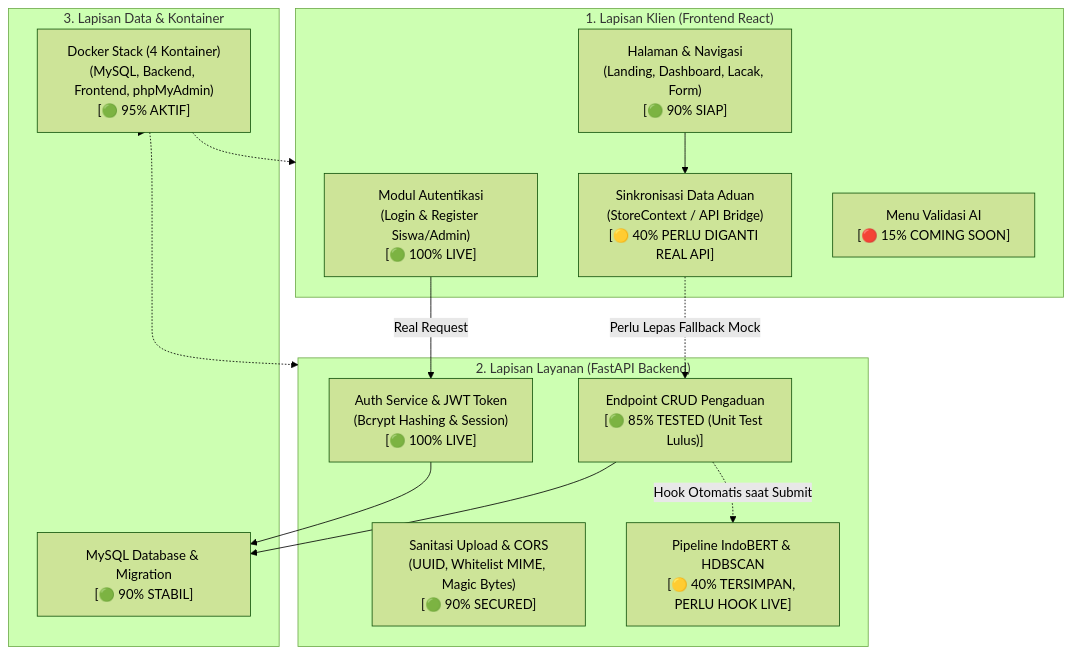
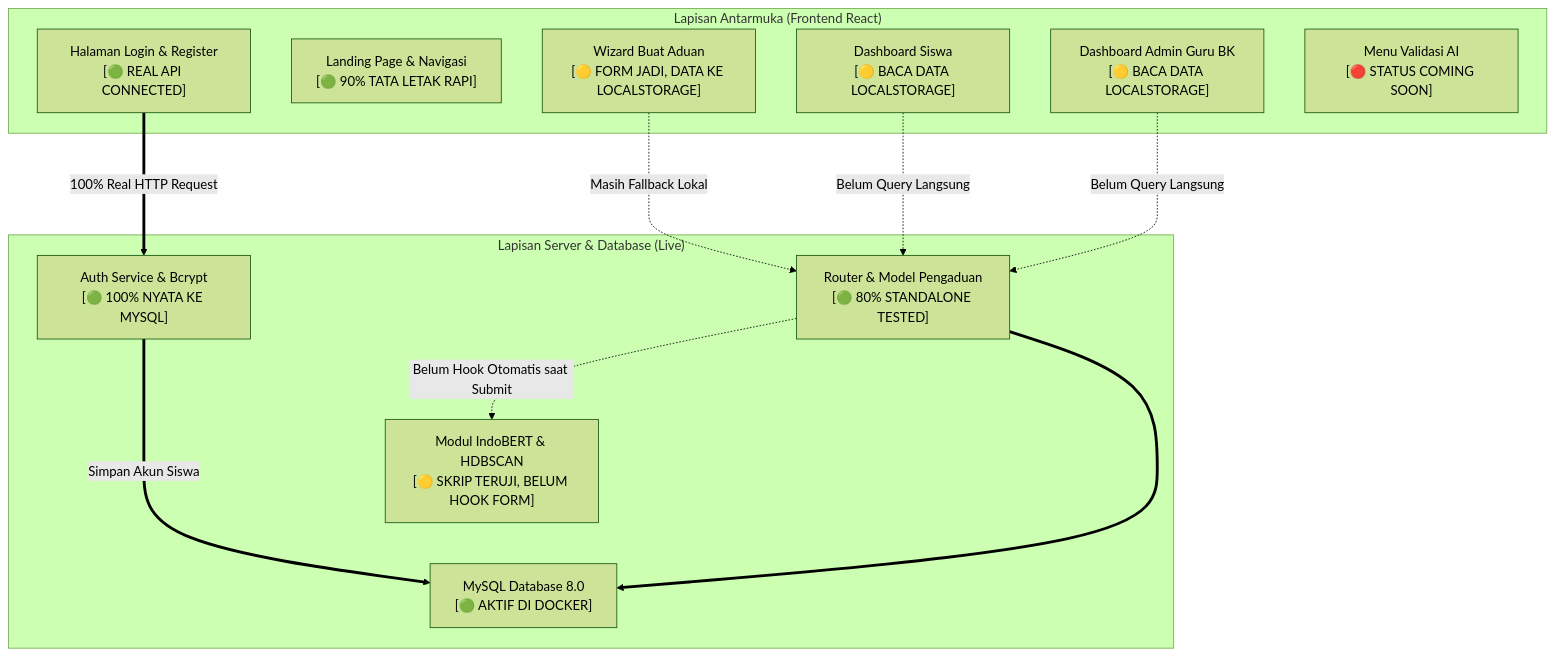
Before and after one commit to afkamz/SIGAP_Sistem_informasi-_Gawat_Aduan_Perundungan: the second of 3 diagrams in docs/14-Laporan_Progres_Proyek_SIGAP.md, drawn with Mermaid (forest theme). The commit also changed other lines of this file and 1 other file, not shown here.

````diff
--- a/docs/14-Laporan_Progres_Proyek_SIGAP.md
+++ b/docs/14-Laporan_Progres_Proyek_SIGAP.md
@@ -37,31 +41,27 @@
 ```mermaid
 flowchart TD
-    subgraph Klien ["1. Lapisan Klien (Frontend React)"]
-        UI_AUTH["Modul Autentikasi\n(Login & Register Siswa/Admin)\n[🟢 100% LIVE]"]
-        UI_PAGES["Halaman & Navigasi\n(Landing, Dashboard, Lacak, Form)\n[🟢 90% SIAP]"]
-        UI_STORE["Sinkronisasi Data Aduan\n(StoreContext / API Bridge)\n[🟡 40% PERLU DIGANTI REAL API]"]
-        UI_AI_PAGE["Menu Validasi AI\n[🔴 15% COMING SOON]"]
+    subgraph UI ["Lapisan Antarmuka (Frontend React)"]
+        AUTH_PAGE["Halaman Login & Register\n[🟢 REAL API CONNECTED]"]
+        PAGES["Landing Page & Navigasi\n[🟢 90% TATA LETAK RAPI]"]
+        REPORT_WIZARD["Wizard Buat Aduan\n[🟡 FORM JADI, DATA KE LOCALSTORAGE]"]
+        DASH_STUDENT["Dashboard Siswa\n[🟡 BACA DATA LOCALSTORAGE]"]
+        DASH_ADMIN["Dashboard Admin Guru BK\n[🟡 BACA DATA LOCALSTORAGE]"]
+        AI_PAGE["Menu Validasi AI\n[🔴 STATUS COMING SOON]"]
     end
 
-    subgraph Server ["2. Lapisan Layanan (FastAPI Backend)"]
-        API_AUTH["Auth Service & JWT Token\n(Bcrypt Hashing & Session)\n[🟢 100% LIVE]"]
-        API_REPORT["Endpoint CRUD Pengaduan\n[🟢 85% TESTED (Unit Test Lulus)]"]
-        API_SEC["Sanitasi Upload & CORS\n(UUID, Whitelist MIME, Magic Bytes)\n[🟢 90% SECURED]"]
-        AI_ENGINE["Pipeline IndoBERT & HDBSCAN\n[🟡 40% TERSIMPAN, PERLU HOOK LIVE]"]
+    subgraph SERVER ["Lapisan Server & Database (Live)"]
+        AUTH_BACKEND["Auth Service & Bcrypt\n[🟢 100% NYATA KE MYSQL]"]
+        API_CORE["Router & Model Pengaduan\n[🟢 80% STANDALONE TESTED]"]
+        DB_MYSQL["MySQL Database 8.0\n[🟢 AKTIF DI DOCKER]"]
+        AI_ENGINE["Modul IndoBERT & HDBSCAN\n[🟡 SKRIP TERUJI, BELUM HOOK FORM]"]
     end
 
-    subgraph Data ["3. Lapisan Data & Kontainer"]
-        DB["MySQL Database & Migration\n[🟢 90% STABIL]"]
-        DOCKER["Docker Stack (4 Kontainer)\n(MySQL, Backend, Frontend, phpMyAdmin)\n[🟢 95% AKTIF]"]
-    end
-
-    UI_AUTH -->|Real Request| API_AUTH
-    UI_PAGES --> UI_STORE
-    UI_STORE -.->|Perlu Lepas Fallback Mock| API_REPORT
-    API_AUTH --> DB
-    API_REPORT --> DB
-    API_REPORT -.->|Hook Otomatis saat Submit| AI_ENGINE
-    DOCKER -.-> Klien
-    DOCKER -.-> Server
-    DOCKER -.-> Data
+    AUTH_PAGE ===>|100% Real HTTP Request| AUTH_BACKEND
+    AUTH_BACKEND ===>|Simpan Akun Siswa| DB_MYSQL
+    
+    REPORT_WIZARD -.->|Masih Fallback Lokal| API_CORE
+    DASH_ADMIN -.->|Belum Query Langsung| API_CORE
+    DASH_STUDENT -.->|Belum Query Langsung| API_CORE
+    API_CORE -.->|Belum Hook Otomatis saat Submit| AI_ENGINE
+    API_CORE ===> DB_MYSQL
 ```
````
